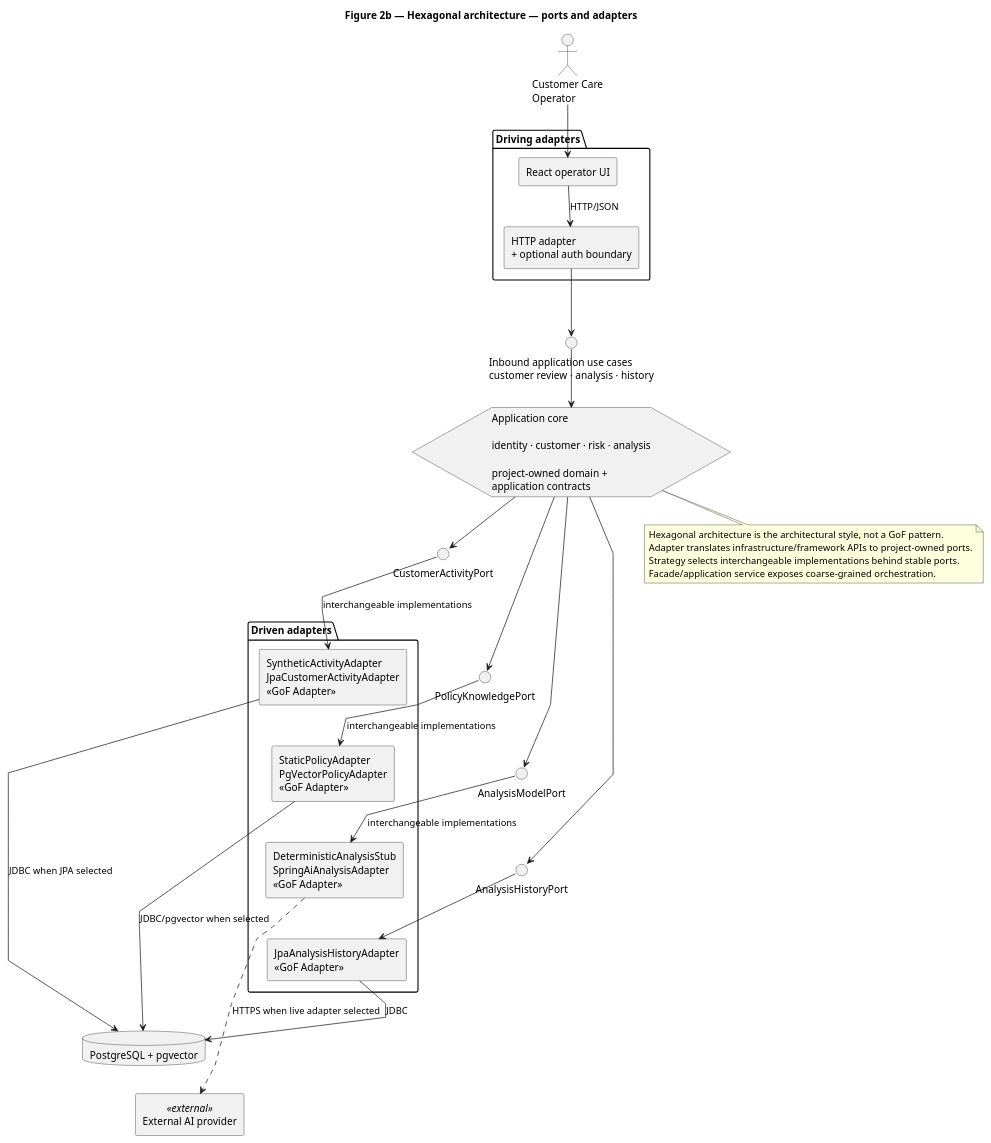
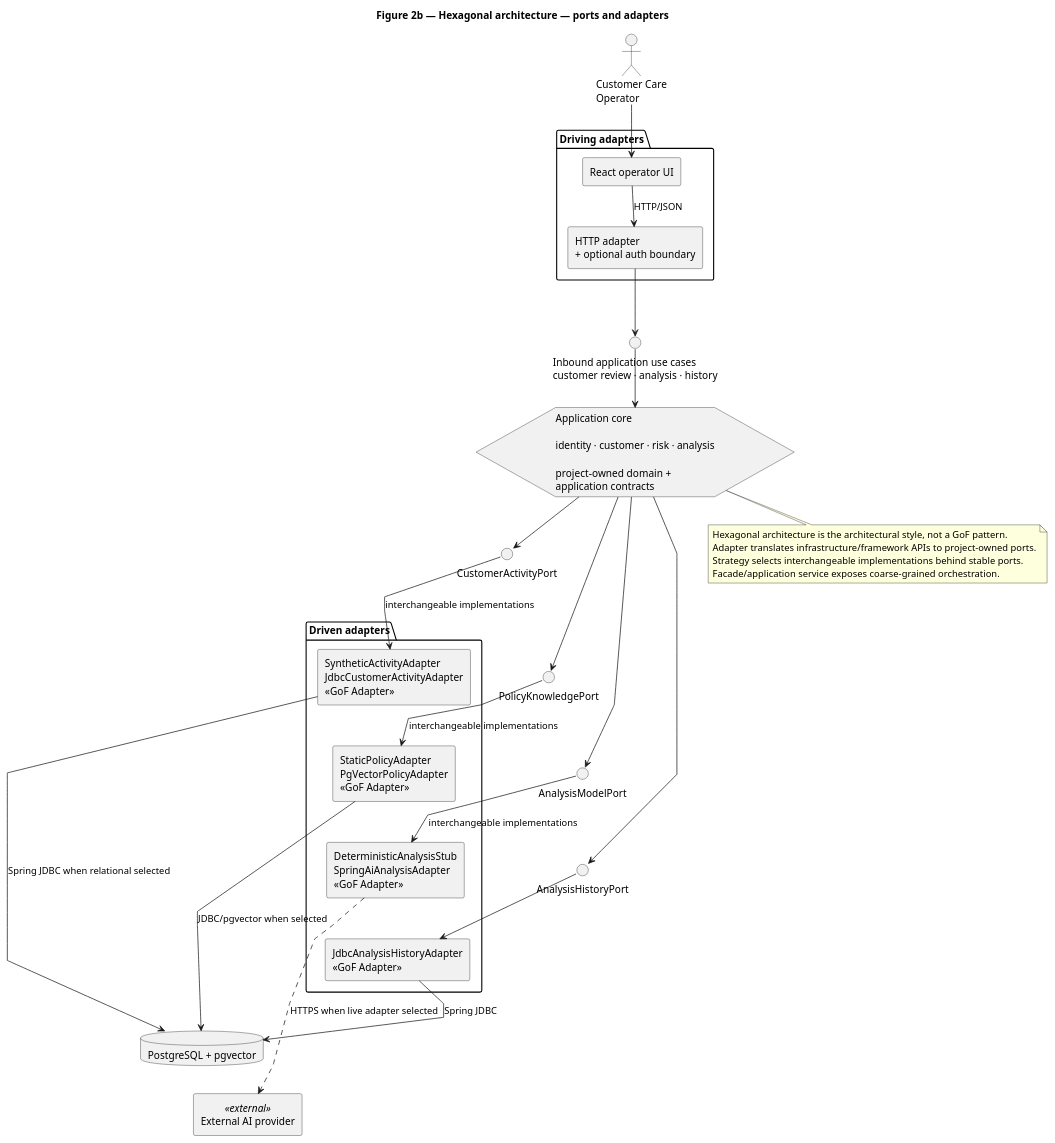
Before and after one commit to jdoe-dev-159753/specgraph-reference-app: the diagram in docs/assignment/SDD/diagrams/hexagonal-architecture.puml, drawn with PlantUML.

Commit message:
docs: render Spring JDBC adapter semantics

```diff
--- a/docs/assignment/SDD/diagrams/hexagonal-architecture.puml
+++ b/docs/assignment/SDD/diagrams/hexagonal-architecture.puml
@@ -1,70 +1,70 @@
 @startuml
 title Figure 2b — Hexagonal architecture — ports and adapters
 top to bottom direction
 skinparam linetype polyline
 skinparam componentStyle rectangle
 skinparam nodesep 28
 skinparam ranksep 38
 
 actor "Customer Care\nOperator" as Operator
 
 package "Driving adapters" {
   component "React operator UI" as UI
   component "HTTP adapter\n+ optional auth boundary" as Http
   UI -[hidden]down-> Http
 }
 
 interface "Inbound application use cases\ncustomer review · analysis · history" as Inbound
 hexagon "Application core\n\nidentity · customer · risk · analysis\n\nproject-owned domain +\napplication contracts" as Core
 
 interface "CustomerActivityPort" as ActivityPort
 interface "PolicyKnowledgePort" as PolicyPort
 interface "AnalysisModelPort" as ModelPort
 interface "AnalysisHistoryPort" as HistoryPort
 
 ActivityPort -[hidden]down-> PolicyPort
 PolicyPort -[hidden]down-> ModelPort
 ModelPort -[hidden]down-> HistoryPort
 
 package "Driven adapters" {
-  component "SyntheticActivityAdapter\nJpaCustomerActivityAdapter\n<<GoF Adapter>>" as ActivityAdapters
+  component "SyntheticActivityAdapter\nJdbcCustomerActivityAdapter\n<<GoF Adapter>>" as ActivityAdapters
   component "StaticPolicyAdapter\nPgVectorPolicyAdapter\n<<GoF Adapter>>" as PolicyAdapters
   component "DeterministicAnalysisStub\nSpringAiAnalysisAdapter\n<<GoF Adapter>>" as ModelAdapters
-  component "JpaAnalysisHistoryAdapter\n<<GoF Adapter>>" as HistoryAdapter
+  component "JdbcAnalysisHistoryAdapter\n<<GoF Adapter>>" as HistoryAdapter
 
   ActivityAdapters -[hidden]down-> PolicyAdapters
   PolicyAdapters -[hidden]down-> ModelAdapters
   ModelAdapters -[hidden]down-> HistoryAdapter
 }
 
 database "PostgreSQL + pgvector" as DB
 component "External AI provider" as Provider <<external>>
 DB -[hidden]down-> Provider
 
 Operator --> UI
 UI --> Http : HTTP/JSON
 Http --> Inbound
 Inbound --> Core
 
 Core --> ActivityPort
 Core --> PolicyPort
 Core --> ModelPort
 Core --> HistoryPort
 
 ActivityPort --> ActivityAdapters : interchangeable implementations
 PolicyPort --> PolicyAdapters : interchangeable implementations
 ModelPort --> ModelAdapters : interchangeable implementations
 HistoryPort --> HistoryAdapter
 
-ActivityAdapters --> DB : JDBC when JPA selected
+ActivityAdapters --> DB : Spring JDBC when relational selected
 PolicyAdapters --> DB : JDBC/pgvector when selected
-HistoryAdapter --> DB : JDBC
+HistoryAdapter --> DB : Spring JDBC
 ModelAdapters ..> Provider : HTTPS when live adapter selected
 
 note bottom of Core
   Hexagonal architecture is the architectural style, not a GoF pattern.
   Adapter translates infrastructure/framework APIs to project-owned ports.
   Strategy selects interchangeable implementations behind stable ports.
   Facade/application service exposes coarse-grained orchestration.
 end note
 @enduml
```
